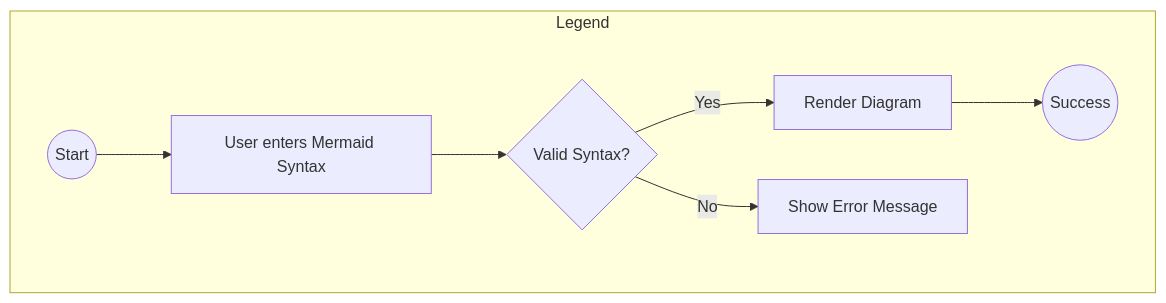
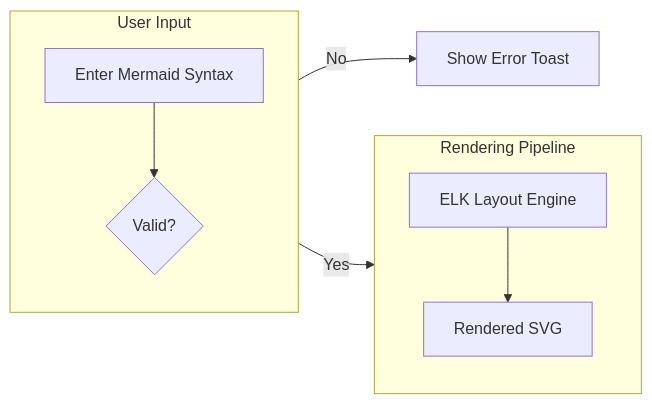
Before and after one commit to eserlan/mermaider: the diagram in demo.mmd, drawn with Mermaid. The commit also changed 1 other file, not shown here.

Commit message:
demo: update demo.mmd with LR flowchart and TB directional subgraphs

```diff
--- a/demo.mmd
+++ b/demo.mmd
@@ -1,15 +1,13 @@
-graph TD
-    Start((Start)) --> Process1[User enters Mermaid Syntax]
-    Process1 --> Decision{Valid Syntax?}
-    Decision -- Yes --> Render[Render Diagram]
-    Decision -- No --> Error[Show Error Message]
-    Render --> End((Success))
-    
-    subgraph Legend
-        Start
-        Process1
-        Decision
-        Render
-        Error
-        End
+flowchart LR
+    subgraph Input [User Input]
+        direction TB
+        Syntax[Enter Mermaid Syntax] --> Validation{Valid?}
     end
+
+    subgraph Output [Rendering Pipeline]
+        direction TB
+        Engine[ELK Layout Engine] --> SVG[Rendered SVG]
+    end
+
+    Validation -- Yes --> Engine
+    Validation -- No --> Error[Show Error Toast]
```
